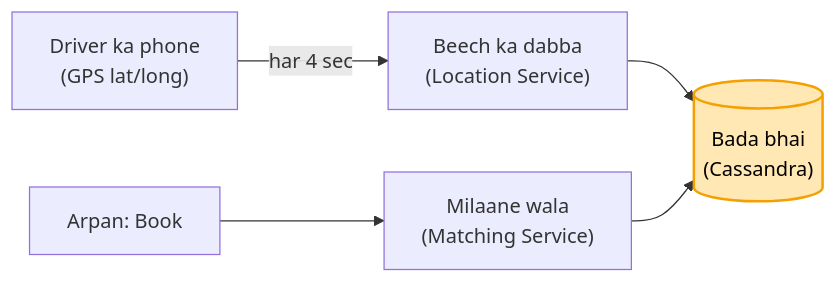
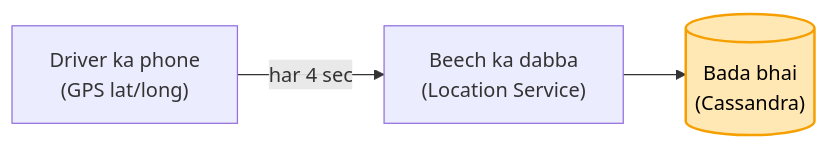
Before and after one commit to ArpanMaheshwari144/Prep: the first of 4 diagrams in 04_HLD/SYSTEM_DESIGNS/15_uber/15_uber.md, drawn with Mermaid. The commit also changed other lines of this file and 18 other files, not shown here.

````diff
--- a/04_HLD/SYSTEM_DESIGNS/15_uber/15_uber.md
+++ b/04_HLD/SYSTEM_DESIGNS/15_uber/15_uber.md
@@ -41,8 +41,6 @@
 ```mermaid
 flowchart LR
     D["Driver ka phone<br/>(GPS lat/long)"] -- "har 4 sec" --> L["Beech ka dabba<br/>(Location Service)"]
     L --> C[("Bada bhai<br/>(Cassandra)")]
-    A["Arpan: Book"] --> M["Milaane wala<br/>(Matching Service)"]
-    M --> C
     style C fill:#ffe8b3,stroke:#f59f00,stroke-width:2px,color:#000
 ```
````
